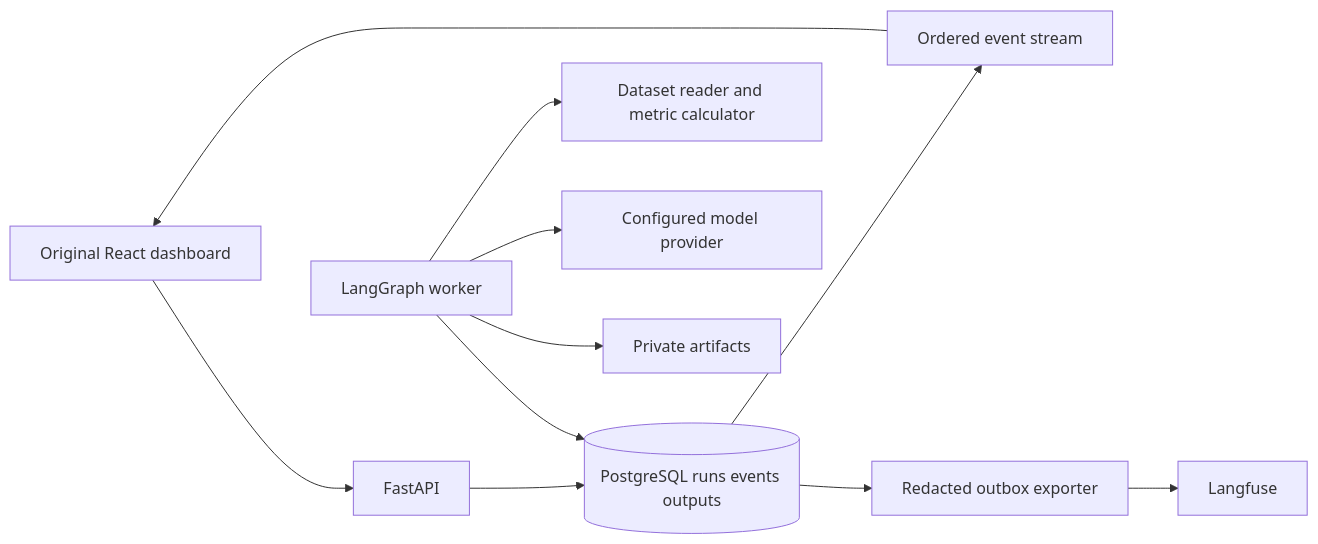
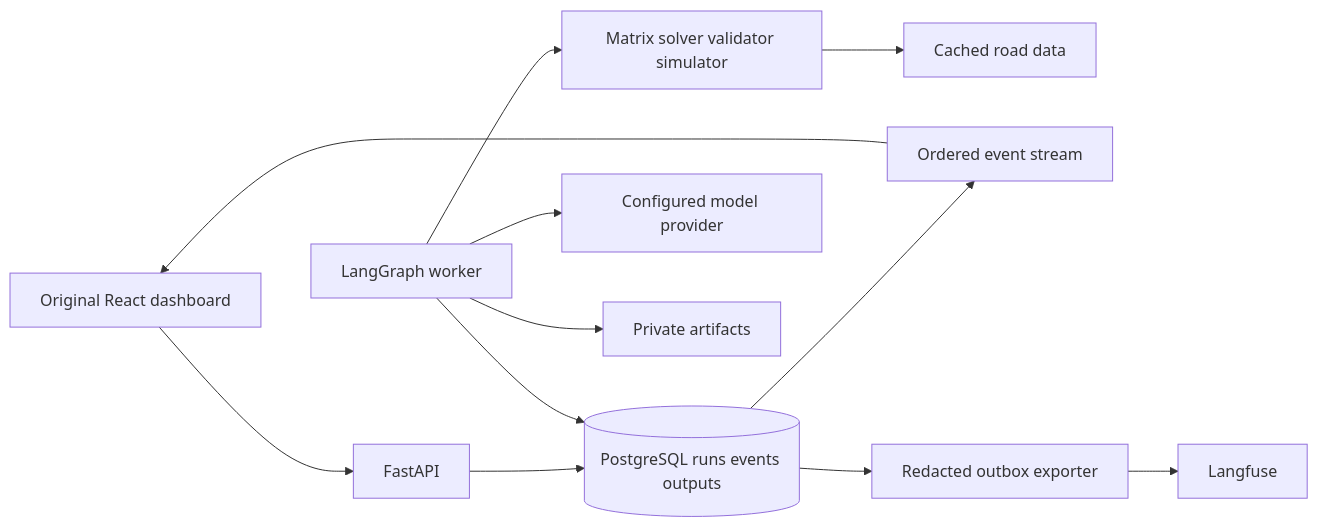
The diagram in docs/PLAN.md (GirardRaphael/Genesis), drawn with Mermaid before and after one commit. The commit also changed other lines of this file and 18 other files, not shown here.

````diff
--- a/docs/PLAN.md
+++ b/docs/PLAN.md
@@ -31,13 +33,14 @@
 ```mermaid
 flowchart LR
   UI[Original React dashboard] --> API[FastAPI]
   API --> DB[(PostgreSQL runs events outputs)]
   Worker[LangGraph worker] --> DB
-  Worker --> Tools[Dataset reader and metric calculator]
+  Worker --> Tools[Matrix solver validator simulator]
+  Tools --> Roads[Cached road data]
   Worker --> Models[Configured model provider]
   Worker --> Artifacts[Private artifacts]
   DB --> Stream[Ordered event stream]
   Stream --> UI
   DB --> Exporter[Redacted outbox exporter]
   Exporter --> LF[Langfuse]
 ```
````
